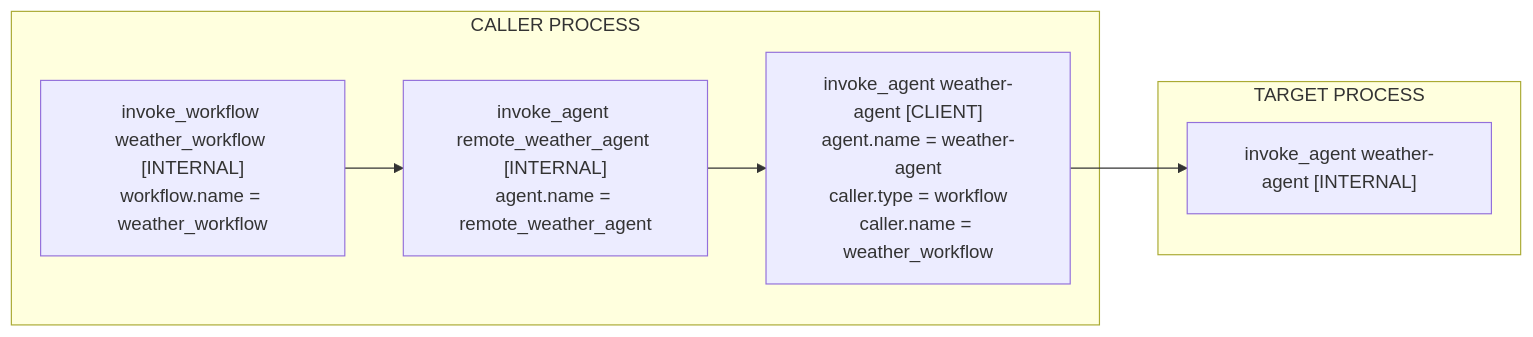
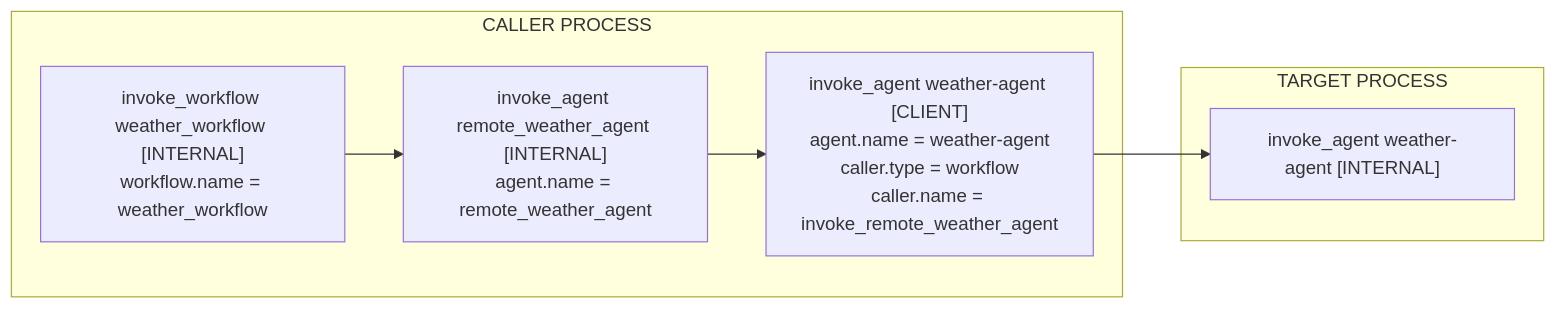
The second of 2 diagrams in docs/gen-ai/non-normative/examples-agent-interactions.md (nikhilNava/semantic-conventions-genai), drawn with Mermaid before and after one commit. The commit also changed other lines of this file and 4 other files, not shown here.

````diff
--- a/docs/gen-ai/non-normative/examples-agent-interactions.md
+++ b/docs/gen-ai/non-normative/examples-agent-interactions.md
@@ -81,14 +82,14 @@
 ```mermaid
 flowchart LR
   subgraph C["CALLER PROCESS"]
     C1["invoke_workflow weather_workflow [INTERNAL]<br/>workflow.name = weather_workflow"]
     C2["invoke_agent remote_weather_agent [INTERNAL]<br/>agent.name = remote_weather_agent"]
-    C3["invoke_agent weather-agent [CLIENT]<br/>agent.name = weather-agent<br/>caller.type = workflow<br/>caller.name = weather_workflow"]
+    C3["invoke_agent weather-agent [CLIENT]<br/>agent.name = weather-agent<br/>caller.type = workflow<br/>caller.name = invoke_remote_weather_agent"]
     C1 --> C2
     C2 --> C3
   end
   subgraph T["TARGET PROCESS"]
     T1["invoke_agent weather-agent [INTERNAL]"]
   end
   C3 --> T1
 ```
````
